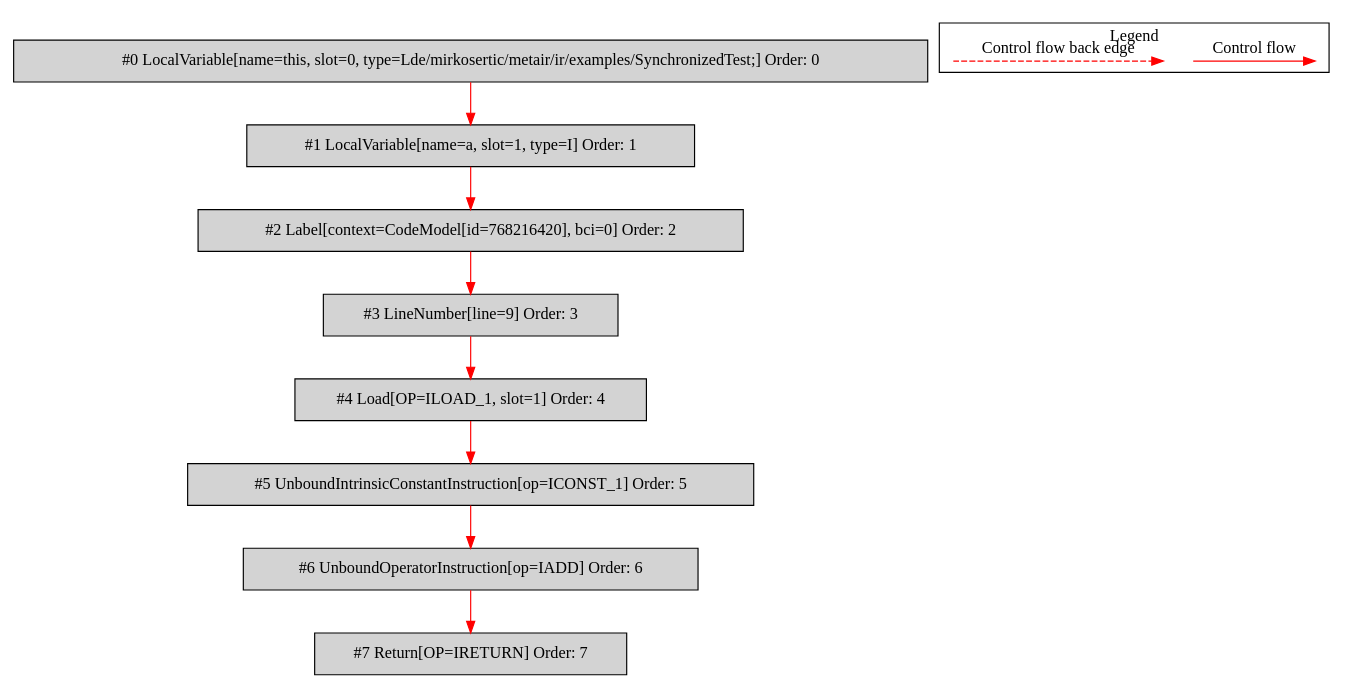
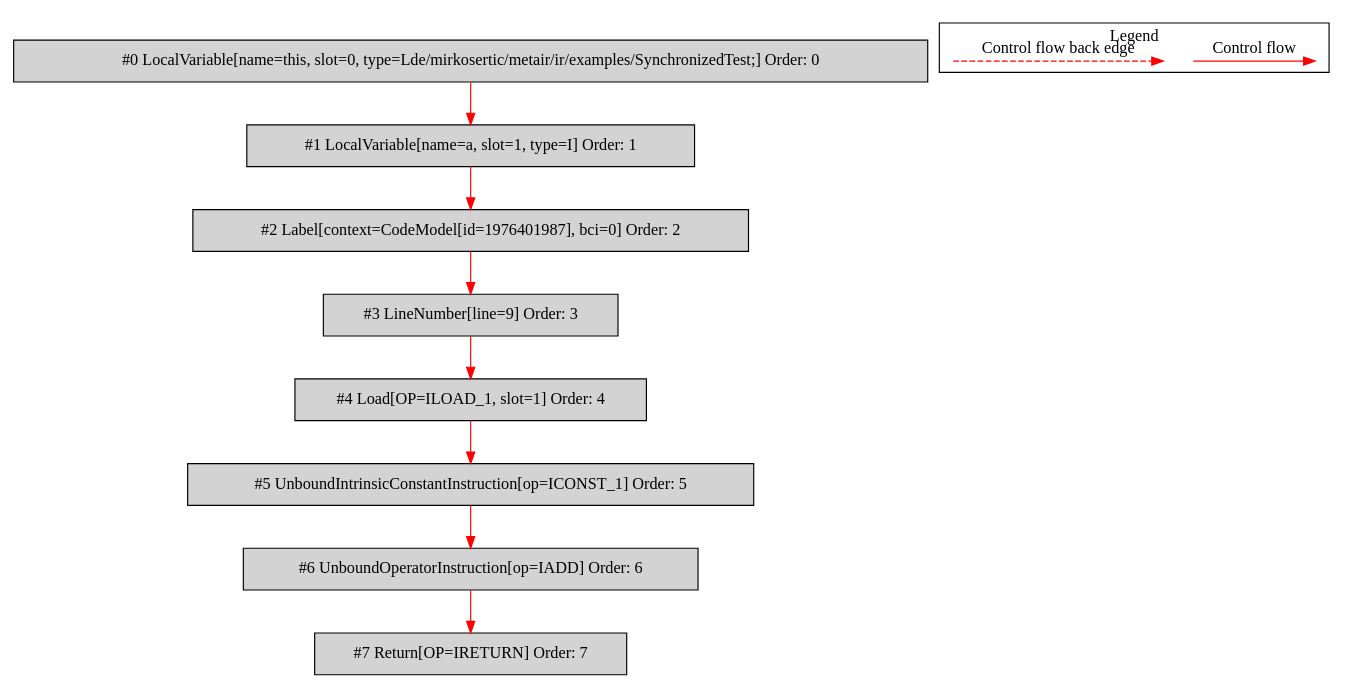
One commit to mirkosertic/MetaIR changed the diagram in de.mirkosertic.metair.ir.examples.SynchronizedTest/compute/bytecodecfg.dot. Above: the diagram before and after it, drawn with Graphviz. The commit also changed 506 other files, not shown here.

```diff
--- a/de.mirkosertic.metair.ir.examples.SynchronizedTest/compute/bytecodecfg.dot
+++ b/de.mirkosertic.metair.ir.examples.SynchronizedTest/compute/bytecodecfg.dot
@@ -1,31 +1,31 @@
 digraph {
  node0[label="#0 LocalVariable[name=this, slot=0, type=Lde/mirkosertic/metair/ir/examples/SynchronizedTest;] Order: 0", shape=box, fillcolor=lightgrey, style=filled];
  node1[label="#1 LocalVariable[name=a, slot=1, type=I] Order: 1", shape=box, fillcolor=lightgrey, style=filled];
- node2[label="#2 Label[context=CodeModel[id=768216420], bci=0] Order: 2", shape=box, fillcolor=lightgrey, style=filled];
+ node2[label="#2 Label[context=CodeModel[id=1976401987], bci=0] Order: 2", shape=box, fillcolor=lightgrey, style=filled];
  node3[label="#3 LineNumber[line=9] Order: 3", shape=box, fillcolor=lightgrey, style=filled];
  node4[label="#4 Load[OP=ILOAD_1, slot=1] Order: 4", shape=box, fillcolor=lightgrey, style=filled];
  node5[label="#5 UnboundIntrinsicConstantInstruction[op=ICONST_1] Order: 5", shape=box, fillcolor=lightgrey, style=filled];
  node6[label="#6 UnboundOperatorInstruction[op=IADD] Order: 6", shape=box, fillcolor=lightgrey, style=filled];
  node7[label="#7 Return[OP=IRETURN] Order: 7", shape=box, fillcolor=lightgrey, style=filled];
  node0 -> node1[color=red];
  node1 -> node2[color=red];
  node2 -> node3[color=red];
  node3 -> node4[color=red];
  node4 -> node5[color=red];
  node5 -> node6[color=red];
  node6 -> node7[color=red];
  subgraph cluster_000 {
   label = "Legend";
   node [shape=point]
   {
    rank=same;
    c0 [style = invis];
    c1 [style = invis];
    c2 [style = invis];
    c3 [style = invis];
   }
   c0 -> c1 [label="Control flow", style=solid, color=red]
   c2 -> c3 [label="Control flow back edge", style=dashed, color=red]
  }
 
 }
```
